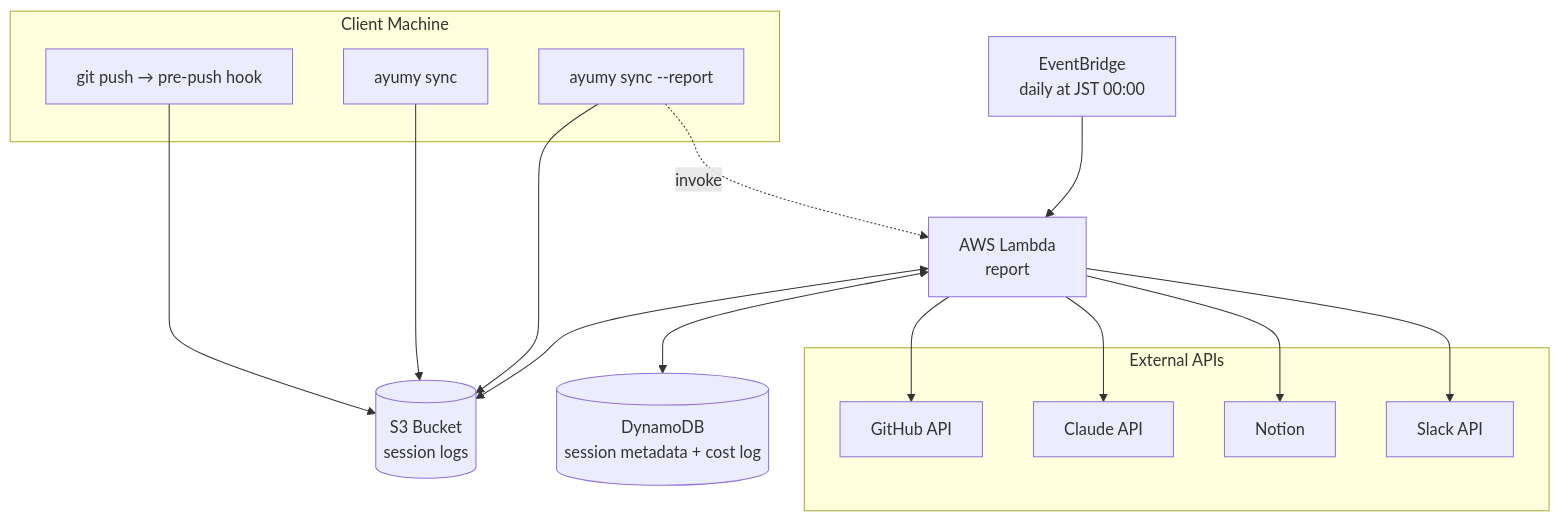
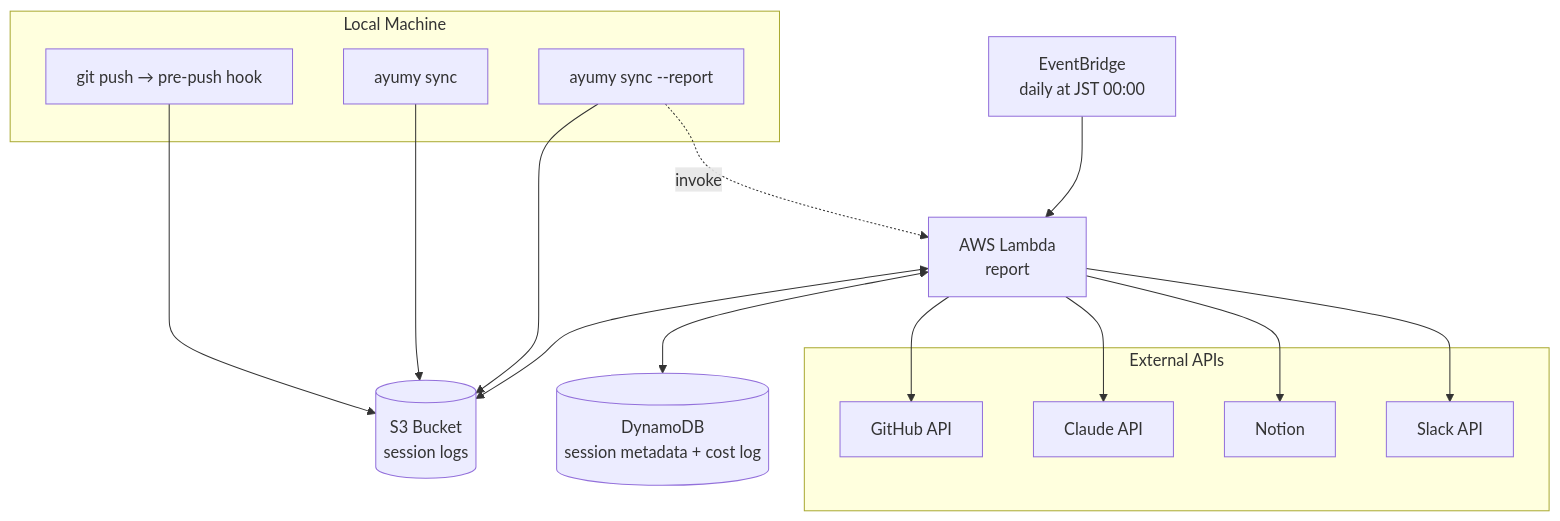
The diagram in README.md (n-yU/ayumy), drawn with Mermaid before and after one commit. The commit also changed other lines of this file and 5 other files, not shown here.

````diff
--- a/README.md
+++ b/README.md
@@ -19,32 +23,32 @@
 ```mermaid
 flowchart TB
-    subgraph Client[Client Machine]
+    subgraph Client[Local Machine]
         Hook[git push → pre-push hook]
         Sync[ayumy sync]
         Report[ayumy sync --report]
     end
 
     S3[(S3 Bucket<br/>session logs)]
     Schedule[EventBridge<br/>daily at JST 00:00]
     Lambda[AWS Lambda<br/>report]
     DDB[(DynamoDB<br/>session metadata + cost log)]
 
     subgraph External[External APIs]
         GH[GitHub API]
         Claude[Claude API]
         Notion[Notion]
         Slack[Slack API]
     end
 
     Hook --> S3
     Sync --> S3
     Report --> S3
     Report -.->|invoke| Lambda
     Schedule --> Lambda
     Lambda <--> S3
     Lambda <--> DDB
     Lambda --> GH
     Lambda --> Claude
     Lambda --> Notion
     Lambda --> Slack
 ```
````
